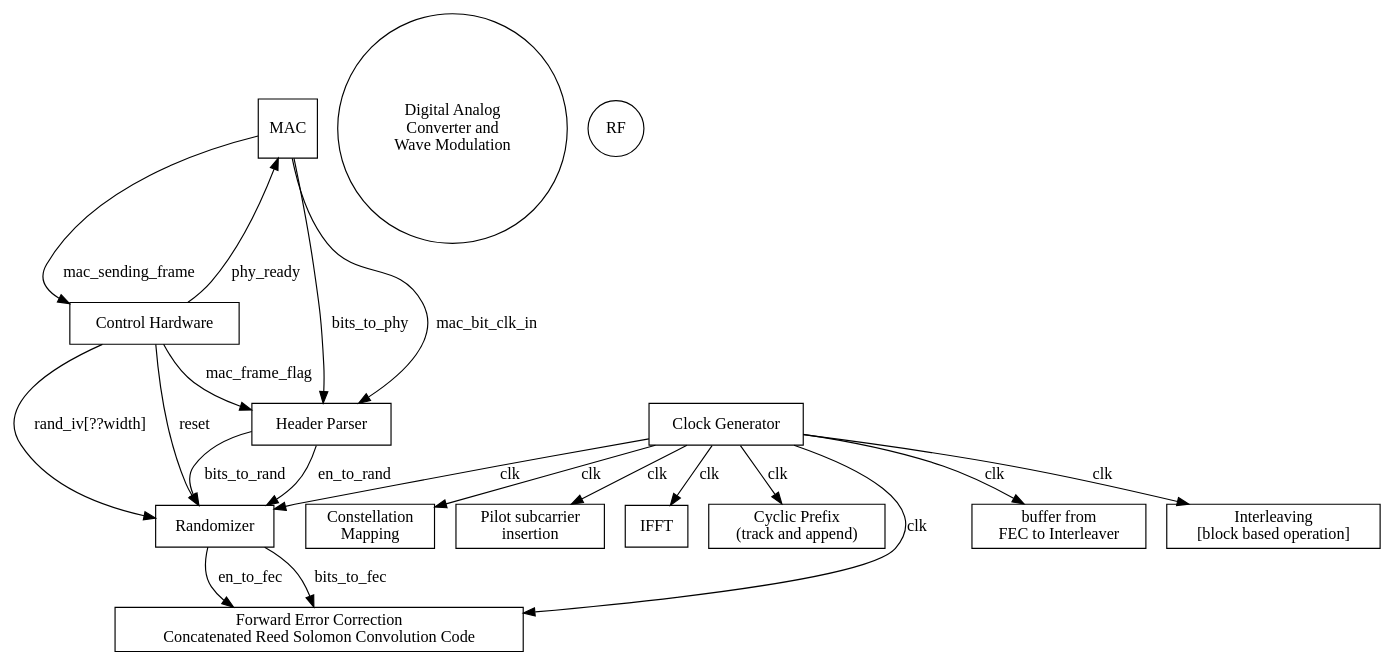
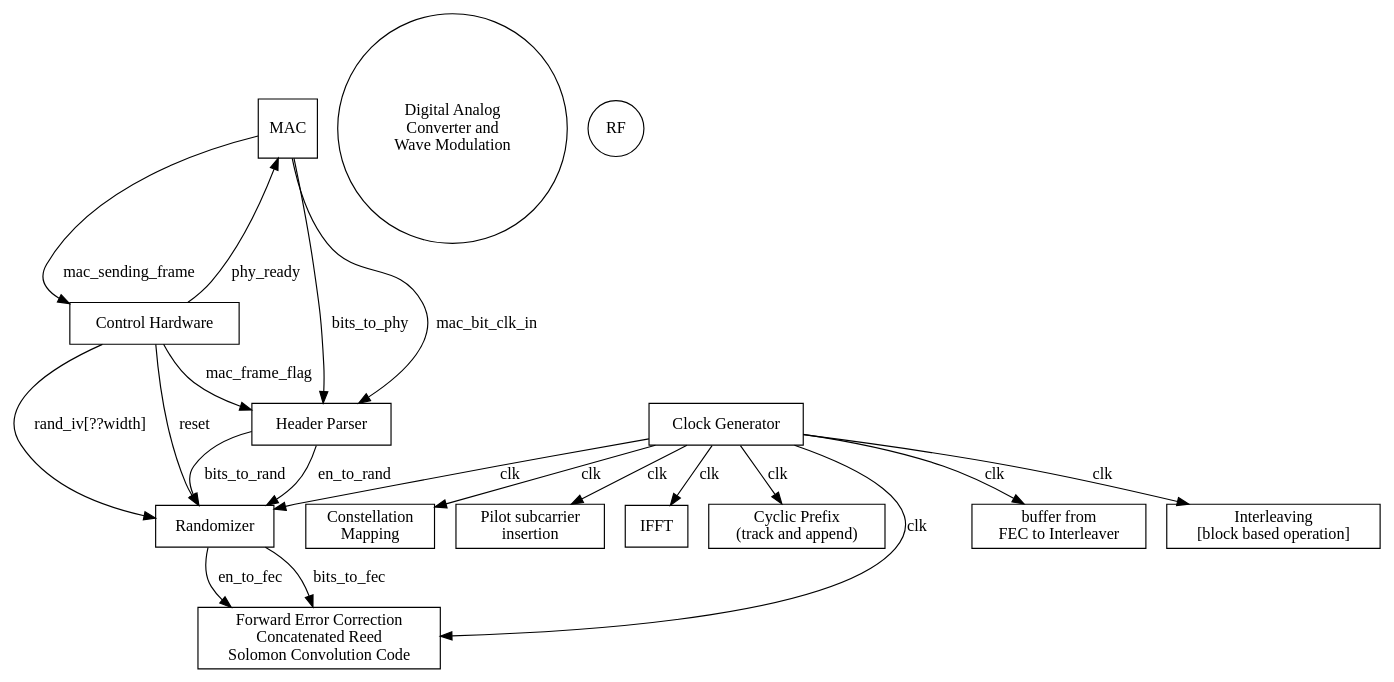
One commit to codyps/wimax_ofdm changed the diagram in transmiter.dot. Above: the diagram before and after it, drawn with Graphviz. The commit also changed 2 other files, not shown here.

```diff
--- a/transmiter.dot
+++ b/transmiter.dot
@@ -1,52 +1,52 @@
 digraph transmitter {
 	//	page="8.5,11"
 	//	rankdir=LR
 
 	node [shape=box]
 
 	mac [label="MAC", shape=square]
 	clk [label="Clock Generator"]
 	ctrl [label="Control Hardware"]
 	head [label="Header Parser"]
 	rand [label="Randomizer"]
-	fec  [label="Forward Error Correction\nConcatenated Reed Solomon Convolution Code"]
+	fec  [label="Forward Error Correction\nConcatenated Reed\nSolomon Convolution Code"]
 	buf_fec_inter [label="buffer from\nFEC to Interleaver"]
 	interleaver [label="Interleaving\n[block based operation]"]
 	const_map [label="Constellation\nMapping"]
 	pilot_ins [label="Pilot subcarrier\ninsertion"]
 	ifft [label="IFFT"]
 	cp [label="Cyclic Prefix\n(track and append)"]
 	
 	dac [label="Digital Analog\nConverter and\nWave Modulation", shape=circle]
 	rf [label="RF", shape=circle]
 
 
 
 	clk -> rand [label="clk"]
 	clk -> fec [label="clk"]
 	clk -> buf_fec_inter [label="clk"]
 	clk -> interleaver [label="clk"]
 	clk -> const_map [label="clk"]
 	clk -> pilot_ins [label="clk"]
 	clk -> ifft [label="clk"]
 	clk -> cp [label="clk"]
 
 
 	mac -> head [label="bits_to_phy"]
 	mac -> head [label="mac_bit_clk_in"]
 	mac -> ctrl [label="mac_sending_frame"]
 	
 	ctrl -> mac [label="phy_ready"]
 	ctrl -> head [label="mac_frame_flag"]
 	ctrl -> rand [label="reset"]
 	ctrl -> rand [label="rand_iv[??width]"]
 
 	head -> rand [label="bits_to_rand"]
 	head -> rand [label="en_to_rand"]
 
 	rand -> fec  [label="bits_to_fec"]
 	rand -> fec  [label="en_to_fec"]
 
 
 
 }
```
